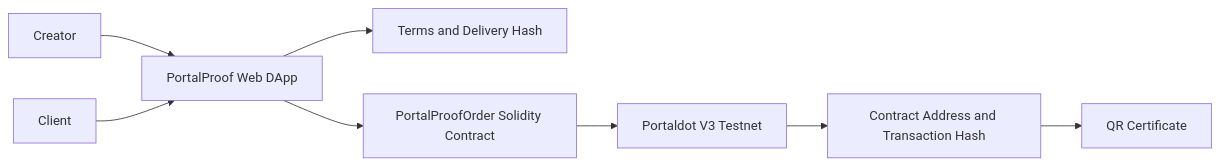
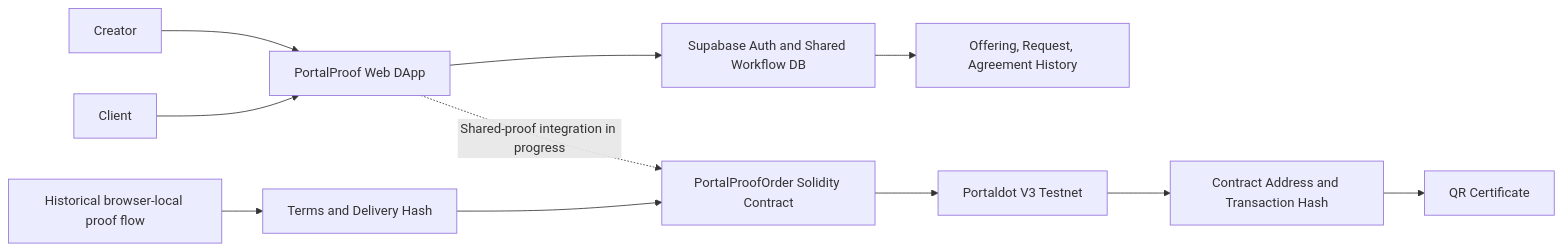
The first of 2 diagrams in README.md (nato-san/PortalProof), drawn with Mermaid before and after one commit. The commit also changed other lines of this file, not shown here.

Commit message:
Update README for current shared wallet workflow

````diff
--- a/README.md
+++ b/README.md
@@ -88,10 +99,13 @@
 ```mermaid
 flowchart LR
   Creator[Creator] --> DApp[PortalProof Web DApp]
   Client[Client] --> DApp
-  DApp --> Hash[Terms and Delivery Hash]
-  DApp --> Contract[PortalProofOrder Solidity Contract]
+  DApp --> Shared[Supabase Auth and Shared Workflow DB]
+  Shared --> Jobs[Offering, Request, Agreement History]
+  DApp -. Shared-proof integration in progress .-> Contract[PortalProofOrder Solidity Contract]
+  Historical[Historical browser-local proof flow] --> Hash[Terms and Delivery Hash]
+  Hash --> Contract
   Contract --> V3[Portaldot V3 Testnet]
   V3 --> Evidence[Contract Address and Transaction Hash]
   Evidence --> Cert[QR Certificate]
 ```
````
